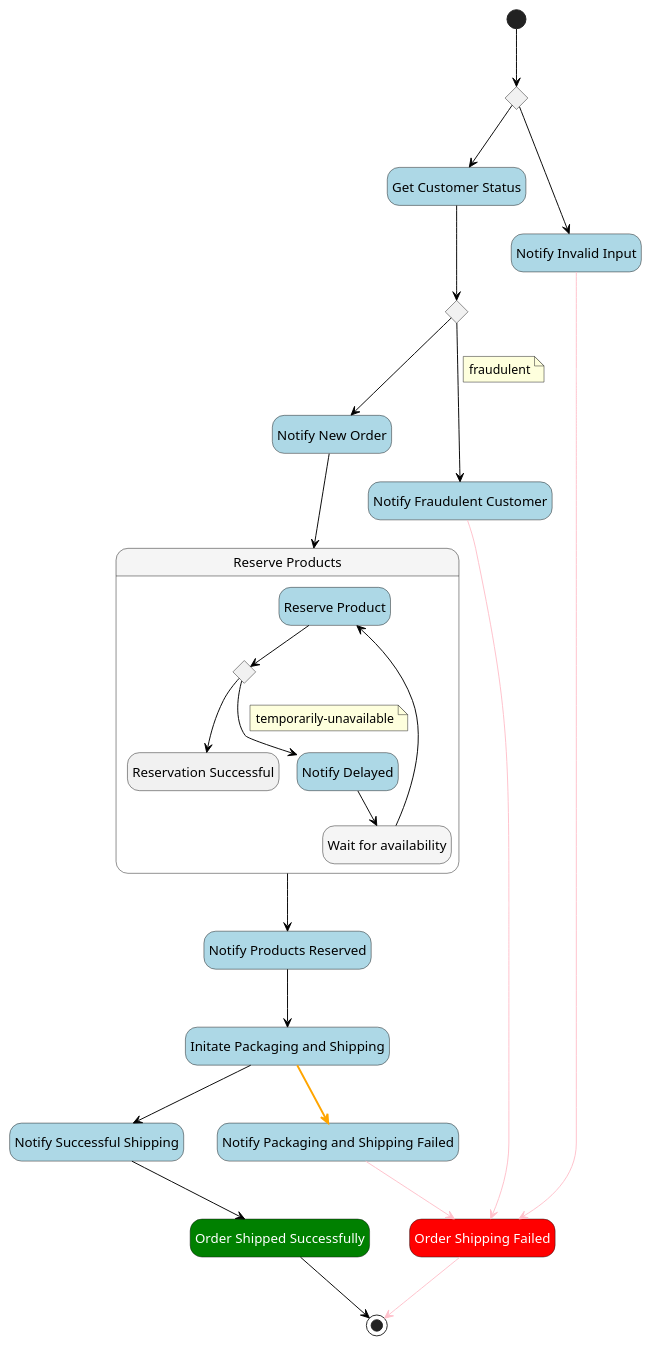
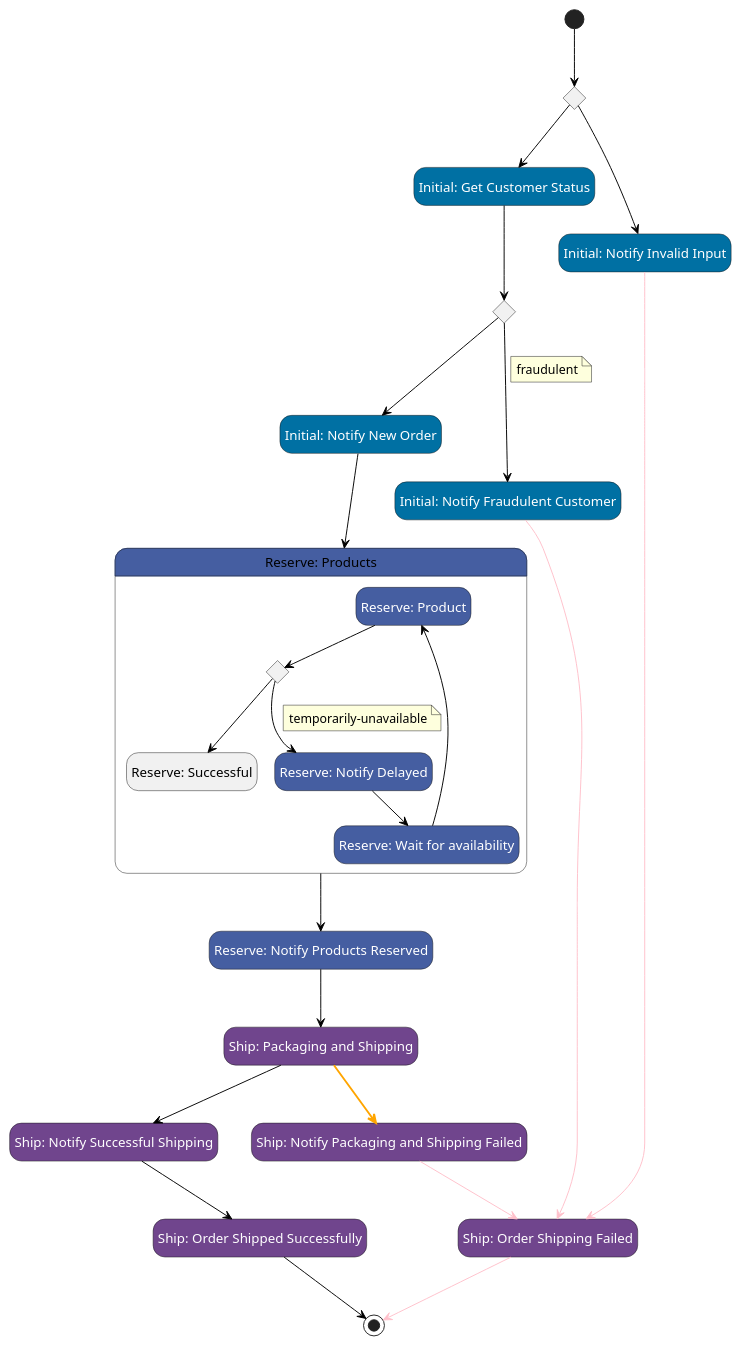
The diagram in src/__tests__/pumls/aws-example-ship-order.asl.puml (massfords/asl-puml), drawn with PlantUML before and after one commit. The commit also changed 9 other files, not shown here.

```diff
--- a/src/__tests__/pumls/aws-example-ship-order.asl.puml
+++ b/src/__tests__/pumls/aws-example-ship-order.asl.puml
@@ -1,71 +1,77 @@
 @startuml
 hide empty description
 skinparam ArrowColor #black
 skinparam state {
 
     BackgroundColor<<Choice>> #whitesmoke
     FontColor<<Choice>> automatic
 
     BackgroundColor<<aslFail>> #red
     FontColor<<aslFail>> automatic
 
     BackgroundColor<<aslMap>> #whitesmoke
 
     BackgroundColor<<aslSucceed>> #green
     FontColor<<aslSucceed>> automatic
 
     BackgroundColor<<aslTask>> #lightblue
     FontColor<<aslTask>> automatic
 
     BackgroundColor<<aslWait>> #whitesmoke
     FontColor<<aslWait>> automatic
     BackgroundColor<<Compensate>> #orange
+    FontColor<<CustomStyle0>> automatic
+    BackgroundColor<<CustomStyle0>> #0070a3
+    FontColor<<CustomStyle1>> automatic
+    BackgroundColor<<CustomStyle1>> #455ea1
+    FontColor<<CustomStyle2>> automatic
+    BackgroundColor<<CustomStyle2>> #70458d
 }
-state "Validate Input" as state1<<Choice>>
-state "Get Customer Status" as state2<<aslTask>>
-state "Do Fraud Check" as state3<<Choice>>
-state "Notify New Order" as state4<<aslTask>>
-state "Reserve Products" as state5<<aslMap>> {
-state "Reserve Product" as state14<<aslTask>>
+state "Initial: Validate Input" as state1<<Choice>>
+state "Initial: Get Customer Status" as state2<<CustomStyle0>>
+state "Initial: Do Fraud Check" as state3<<Choice>>
+state "Initial: Notify New Order" as state4<<CustomStyle0>>
+state "Reserve: Products" as state5<<CustomStyle1>> {
+state "Reserve: Product" as state14<<CustomStyle1>>
 state "Choice" as state15<<Choice>>
-state "Reservation Successful" as state16<<aslSucceedLocal>>
-state "Notify Delayed" as state17<<aslTask>>
-state "Wait for availability" as state18<<aslWait>>
+state "Reserve: Successful" as state16<<aslSucceedLocal>>
+state "Reserve: Notify Delayed" as state17<<CustomStyle1>>
+state "Reserve: Wait for availability" as state18<<CustomStyle1>>
 }
-state "Notify Products Reserved" as state6<<aslTask>>
-state "Initate Packaging and Shipping" as state7<<aslTask>>
-state "Notify Successful Shipping" as state8<<aslTask>>
-state "Notify Packaging and Shipping Failed" as state9<<aslTask>>
-state "Notify Fraudulent Customer" as state10<<aslTask>>
-state "Order Shipping Failed" as state11<<aslFail>>
-state "Order Shipped Successfully" as state12<<aslSucceed>>
-state "Notify Invalid Input" as state13<<aslTask>>
+state "Reserve: Notify Products Reserved" as state6<<CustomStyle1>>
+state "Ship: Packaging and Shipping" as state7<<CustomStyle2>>
+state "Ship: Notify Successful Shipping" as state8<<CustomStyle2>>
+state "Ship: Notify Packaging and Shipping Failed" as state9<<CustomStyle2>>
+state "Initial: Notify Fraudulent Customer" as state10<<CustomStyle0>>
+state "Ship: Order Shipping Failed" as state11<<CustomStyle2>>
+state "Ship: Order Shipped Successfully" as state12<<CustomStyle2>>
+state "Initial: Notify Invalid Input" as state13<<CustomStyle0>>
 [*] --> state1
 state1 --> state13
 state1 --> state2
 state2 --> state3
 state3 --> state10
 note on link
 fraudulent
 end note
 state3 --> state4
 state4 --> state5
 state5 --> state6
 state6 --> state7
 state7 --> state8
 state7 -[bold,#orange]-> state9
 state8 --> state12
 state9 -[#pink]-> state11
 state10 -[#pink]-> state11
 state11 -[#pink]-> [*]
 state12 --> [*]
 state13 -[#pink]-> state11
 state14 --> state15
 state15 --> state17
 note on link
 temporarily-unavailable
 end note
 state15 --> state16
 state17 --> state18
 state18 --> state14
 @enduml
```
